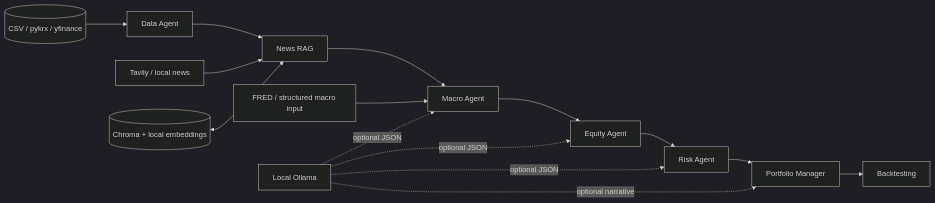
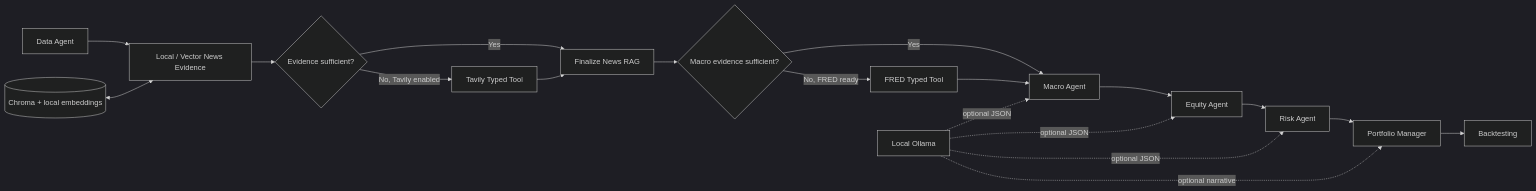
Before and after one commit to MJSON-35/langgraph-financial-research-agent: the diagram in README.md, drawn with Mermaid (dark theme). The commit also changed other lines of this file and 9 other files, not shown here.

````diff
--- a/README.md
+++ b/README.md
@@ -21,18 +23,22 @@
 ```mermaid
 flowchart LR
-    A[Data Agent] --> B[News RAG]
-    B --> C[Macro Agent]
-    C --> D[Equity Agent]
-    D --> E[Risk Agent]
-    E --> F[Portfolio Manager]
-    F --> G[Backtesting]
+    A[Data Agent] --> B[Local / Vector News Evidence]
+    B --> C{Evidence sufficient?}
+    C -- Yes --> E[Finalize News RAG]
+    C -- No, Tavily enabled --> D[Tavily Typed Tool]
+    D --> E
+    E --> F{Macro evidence sufficient?}
+    F -- Yes --> H[Macro Agent]
+    F -- No, FRED ready --> G[FRED Typed Tool]
+    G --> H
+    H --> I[Equity Agent]
+    I --> J[Risk Agent]
+    J --> K[Portfolio Manager]
+    K --> L[Backtesting]
 
-    M[(CSV / pykrx / yfinance)] --> A
-    N[Tavily / local news] --> B
     V[(Chroma + local embeddings)] <--> B
-    R[FRED / structured macro input] --> C
-    O[Local Ollama] -. optional JSON .-> C
-    O -. optional JSON .-> D
-    O -. optional JSON .-> E
-    O -. optional narrative .-> F
+    O[Local Ollama] -. optional JSON .-> H
+    O -. optional JSON .-> I
+    O -. optional JSON .-> J
+    O -. optional narrative .-> K
 ```
````
